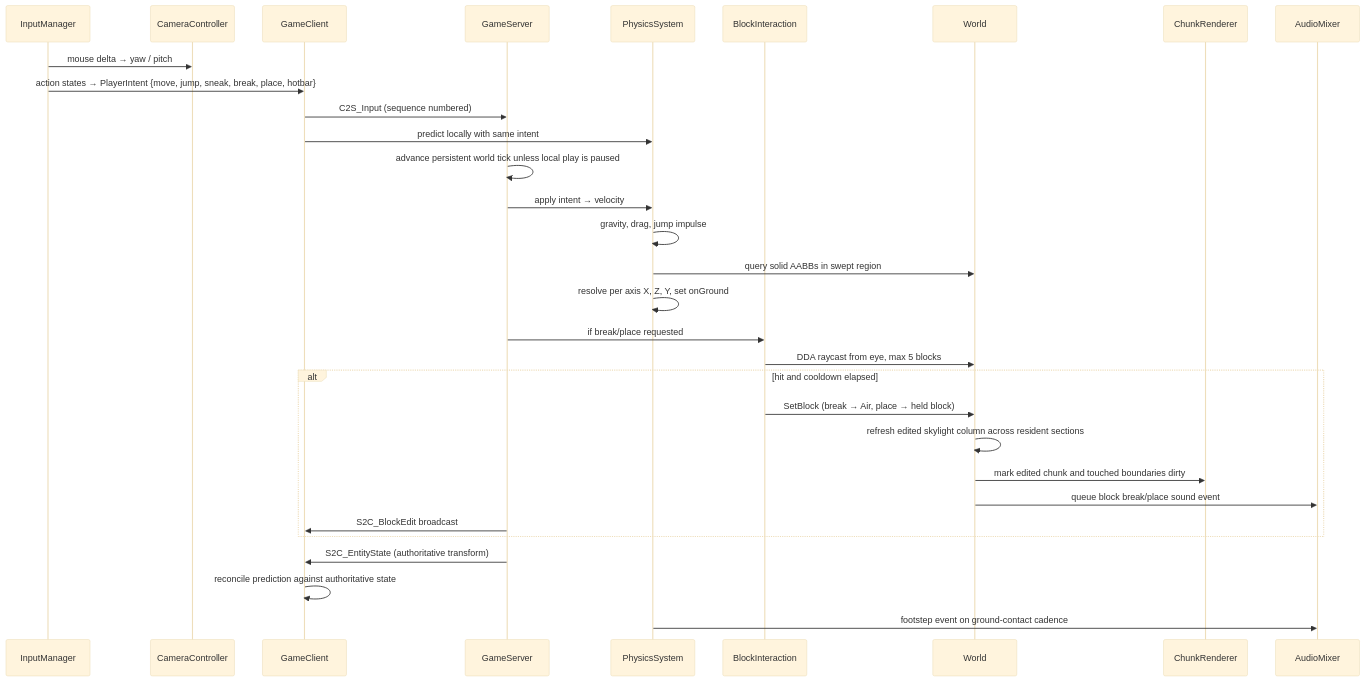
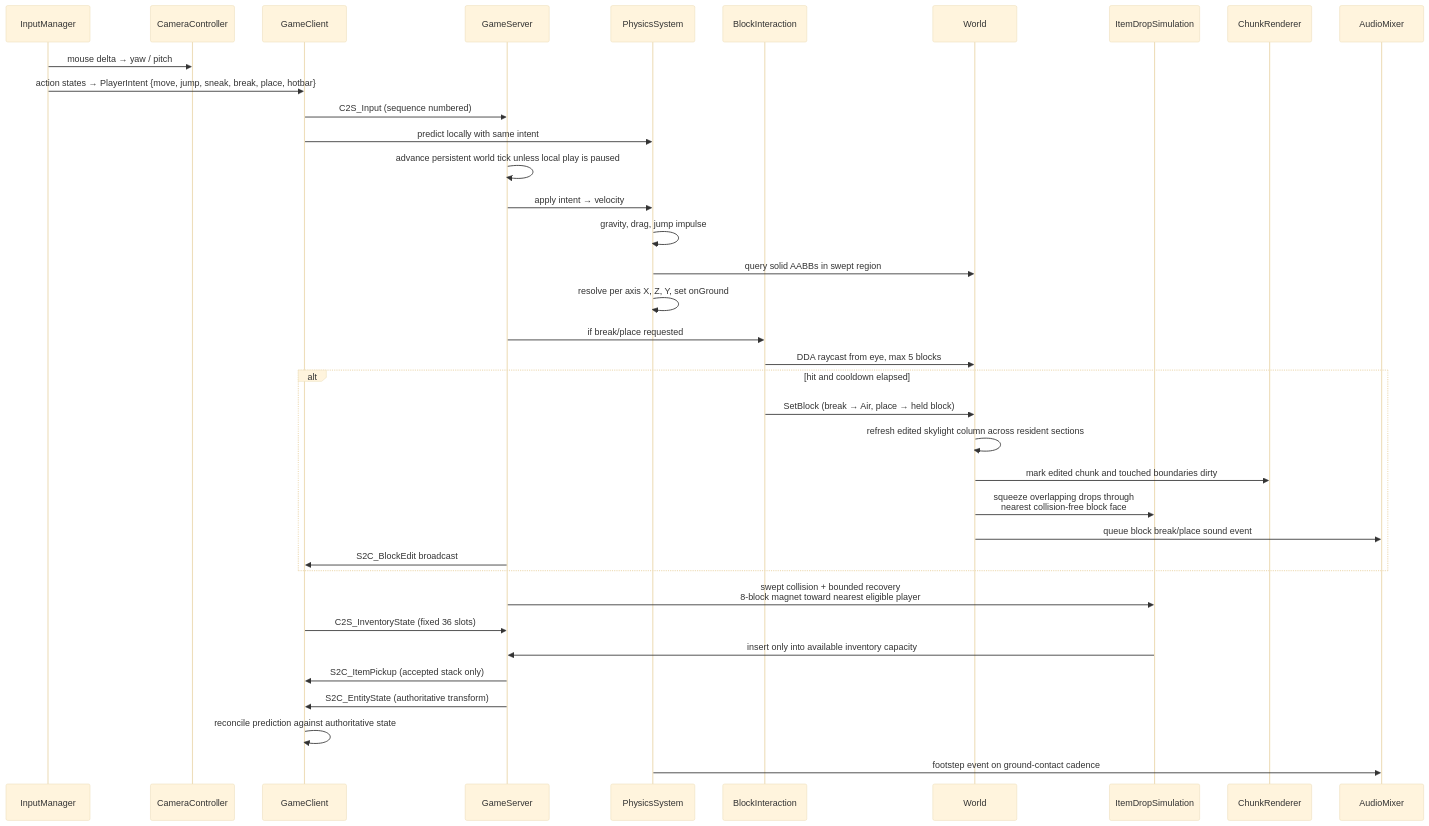
One commit to GoGurtPrime/voxels changed the fifth of 17 diagrams in DIAGRAMS.md. Above: the diagram before and after it, drawn with Mermaid (base theme). The commit also changed other lines of this file and 1 other file, not shown here.

Commit message:
Agent: Document authoritative item drop flow
Record server ownership, protocol v5 pickup authority, nearest-free-face recovery, eight-block magnetism, lifecycle cleanup, and F3 observability.

````diff
--- a/DIAGRAMS.md
+++ b/DIAGRAMS.md
@@ -257,35 +257,41 @@
 ```mermaid
 sequenceDiagram
     participant Inp as InputManager
     participant Cam as CameraController
     participant Cli as GameClient
     participant Srv as GameServer
     participant Phy as PhysicsSystem
     participant BI as BlockInteraction
     participant W as World
+    participant Drop as ItemDropSimulation
     participant CR as ChunkRenderer
     participant Snd as AudioMixer
 
     Inp->>Cam: mouse delta → yaw / pitch
     Inp->>Cli: action states → PlayerIntent {move, jump, sneak, break, place, hotbar}
     Cli->>Srv: C2S_Input (sequence numbered)
     Cli->>Phy: predict locally with same intent
 
     Srv->>Srv: advance persistent world tick unless local play is paused
     Srv->>Phy: apply intent → velocity
     Phy->>Phy: gravity, drag, jump impulse
     Phy->>W: query solid AABBs in swept region
     Phy->>Phy: resolve per axis X, Z, Y, set onGround
     Srv->>BI: if break/place requested
     BI->>W: DDA raycast from eye, max 5 blocks
     alt hit and cooldown elapsed
         BI->>W: SetBlock (break → Air, place → held block)
         W->>W: refresh edited skylight column across resident sections
         W->>CR: mark edited chunk and touched boundaries dirty
+        W->>Drop: squeeze overlapping drops through<br/>nearest collision-free block face
         W->>Snd: queue block break/place sound event
         Srv->>Cli: S2C_BlockEdit broadcast
     end
+    Srv->>Drop: swept collision + bounded recovery<br/>8-block magnet toward nearest eligible player
+    Cli->>Srv: C2S_InventoryState (fixed 36 slots)
+    Drop->>Srv: insert only into available inventory capacity
+    Srv->>Cli: S2C_ItemPickup (accepted stack only)
     Srv->>Cli: S2C_EntityState (authoritative transform)
     Cli->>Cli: reconcile prediction against authoritative state
     Phy->>Snd: footstep event on ground-contact cadence
 ```
````
